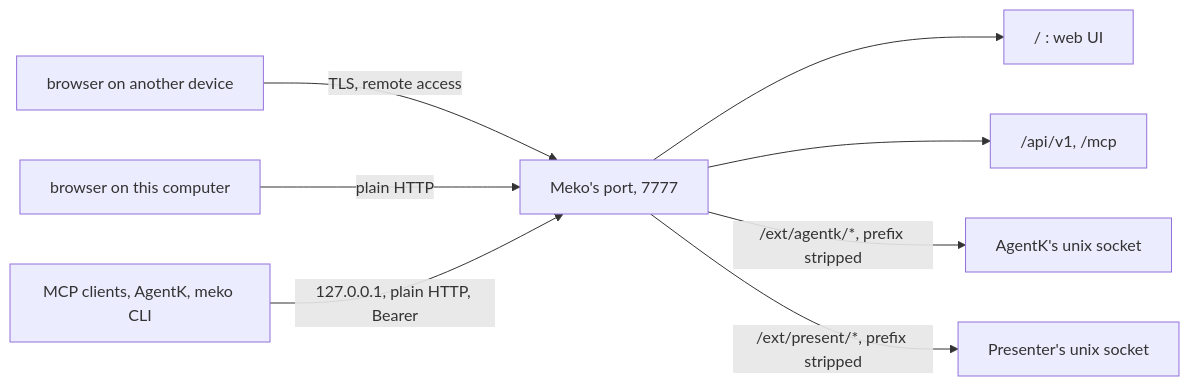
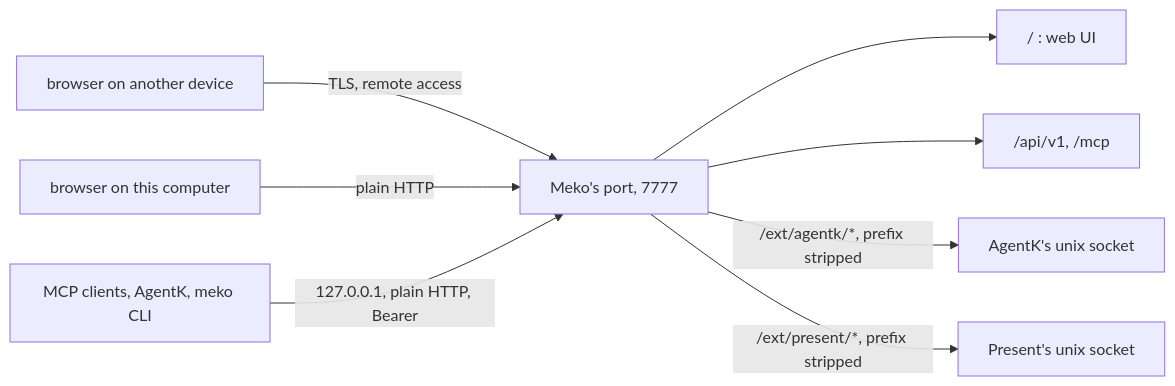
One commit to yugabyte/meko changed the diagram in src/meko/docs/web.md. Above: the diagram before and after it, drawn with Mermaid. The commit also changed other lines of this file and 87 other files, not shown here.

First line of the commit message:
feat(meko,present): call Presenter Present

````diff
--- a/src/meko/docs/web.md
+++ b/src/meko/docs/web.md
@@ -10,10 +10,10 @@
 ```mermaid
 flowchart LR
   b["browser on another device"] -->|"TLS, remote access"| port["Meko's port, 7777"]
   bh["browser on this computer"] -->|"plain HTTP"| port
   agents["MCP clients, AgentK, meko CLI"] -->|"127.0.0.1, plain HTTP, Bearer"| port
   port --> ui["/ : web UI"]
   port --> data["/api/v1, /mcp"]
   port -->|"/ext/agentk/*, prefix stripped"| sock["AgentK's unix socket"]
-  port -->|"/ext/present/*, prefix stripped"| psock["Presenter's unix socket"]
+  port -->|"/ext/present/*, prefix stripped"| psock["Present's unix socket"]
 ```
````
